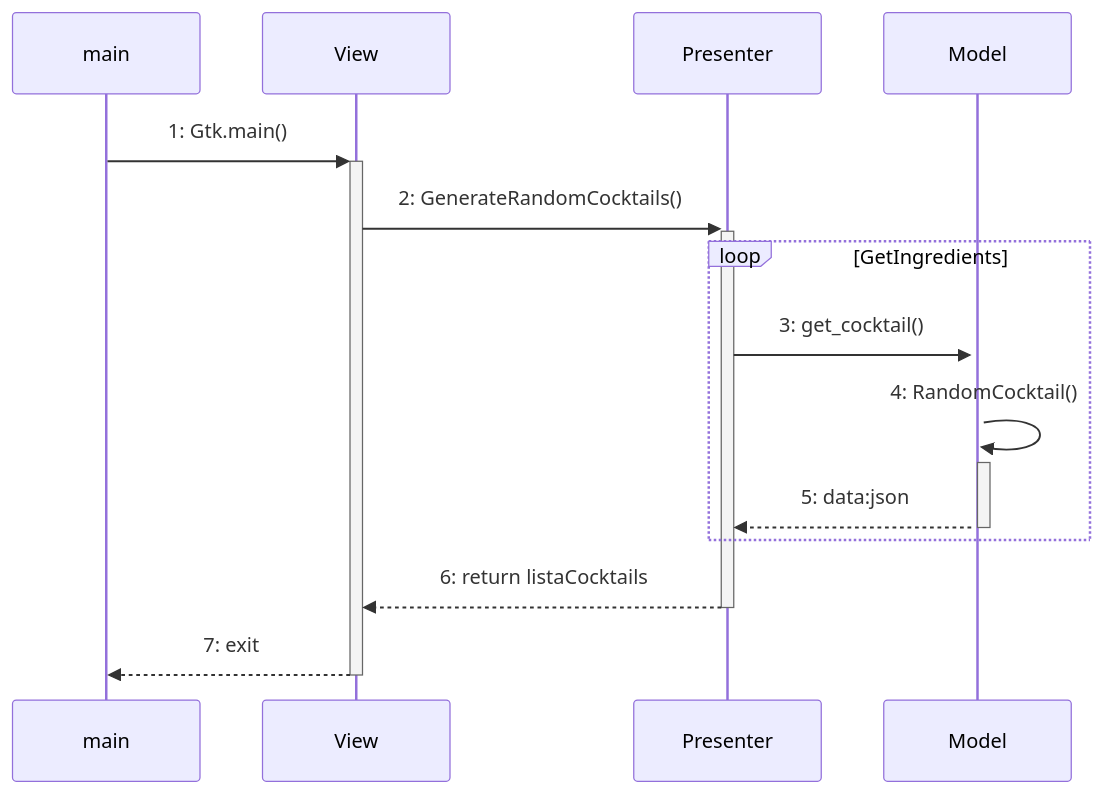
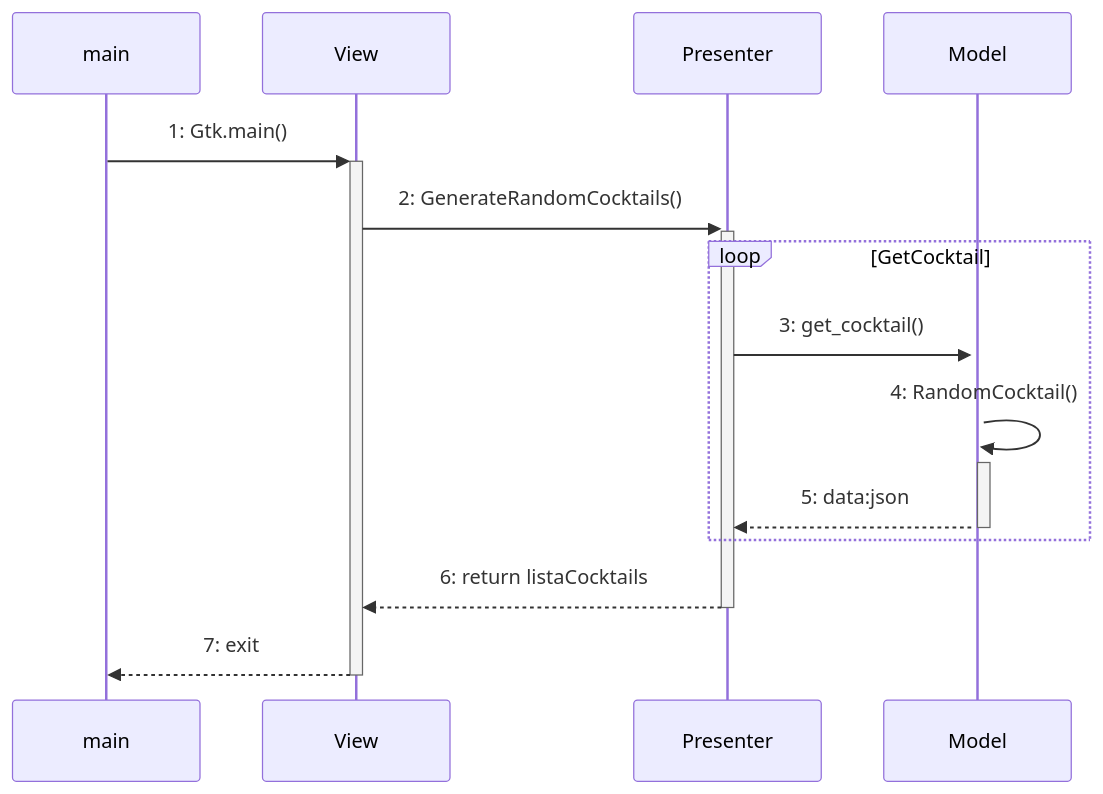
Before and after one commit to braisf03/IPM: the fourth of 4 diagrams in diseño-sw.md, drawn with Mermaid.

````diff
--- a/diseño-sw.md
+++ b/diseño-sw.md
@@ -102,12 +102,12 @@
 ```mermaid
 sequenceDiagram
     main->>+View: 1: Gtk.main()
     View->>+Presenter: 2: GenerateRandomCocktails()
-    loop GetIngredients
+    loop GetCocktail
     Presenter->>+Model: 3: get_cocktail()
     Model->>+Model: 4: RandomCocktail()
     Model-->>-Presenter: 5: data:json
     end
     Presenter-->>-View: 6: return listaCocktails
     View-->>-main: 7: exit
 ```    
````
